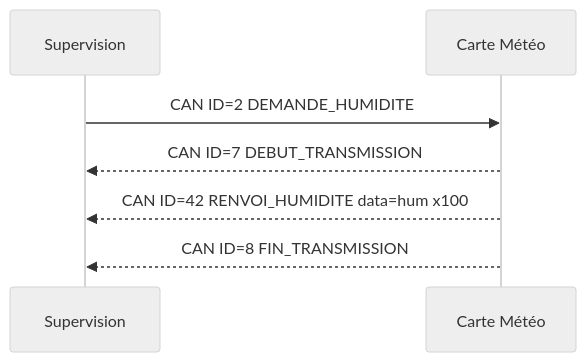
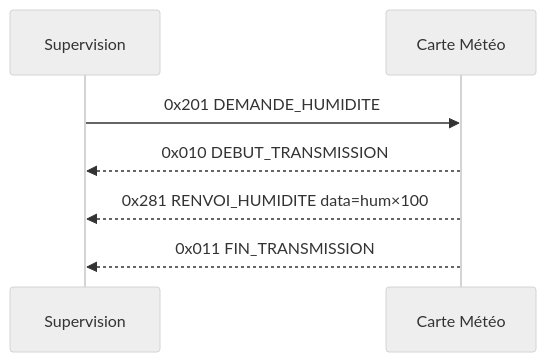
The second of 3 diagrams in docs/can_protocol.md (baptisteB00/Projet_LAOS), drawn with Mermaid (neutral theme) before and after one commit. The commit also changed other lines of this file and 9 other files, not shown here.

````diff
--- a/docs/can_protocol.md
+++ b/docs/can_protocol.md
@@ -128,10 +164,10 @@
 ```mermaid
 sequenceDiagram
     participant SUP as Supervision
     participant MET as Carte Météo
 
-    SUP->>MET: CAN ID=2 DEMANDE_HUMIDITE
-    MET-->>SUP: CAN ID=7 DEBUT_TRANSMISSION
-    MET-->>SUP: CAN ID=42 RENVOI_HUMIDITE data=hum x100
-    MET-->>SUP: CAN ID=8 FIN_TRANSMISSION
+    SUP->>MET: 0x201 DEMANDE_HUMIDITE
+    MET-->>SUP: 0x010 DEBUT_TRANSMISSION
+    MET-->>SUP: 0x281 RENVOI_HUMIDITE data=hum×100
+    MET-->>SUP: 0x011 FIN_TRANSMISSION
 ```
````
